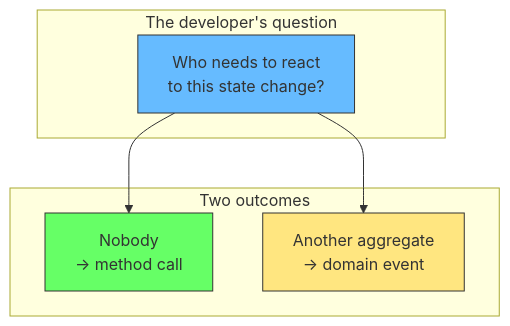
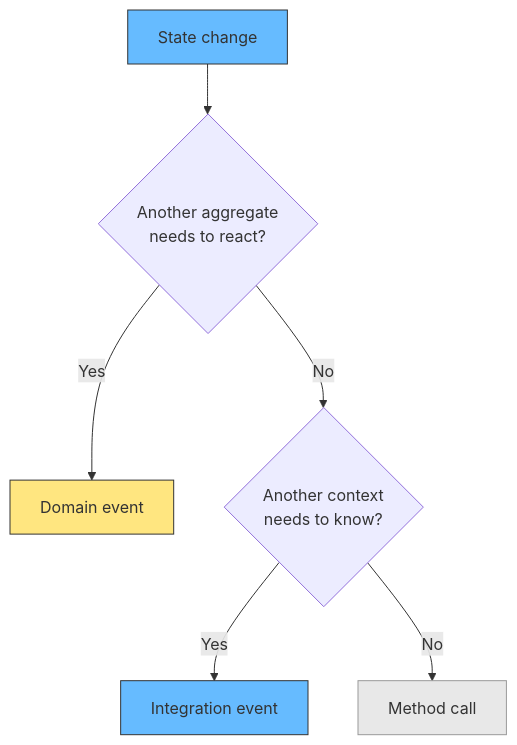
The second of 4 diagrams in docs/software-engineering/events-are-discovery-not-code.md (labeebahmad201/knowledge-base), drawn with Mermaid before and after one commit. The commit also changed other lines of this file, not shown here.

Commit message:
rewrite: concise opening with event storming diagram

````diff
--- a/docs/software-engineering/events-are-discovery-not-code.md
+++ b/docs/software-engineering/events-are-discovery-not-code.md
@@ -44,15 +38,12 @@
 ```mermaid
 graph TD
-    subgraph Question["The developer's question"]
-        Q["Who needs to react<br/>to this state change?"]
-    end
-    subgraph Answers["Two outcomes"]
-        A1["Nobody<br/>→ method call"]
-        A2["Another aggregate<br/>→ domain event"]
-    end
-    Q --> A1
-    Q --> A2
-    style Q fill:#6bf,stroke:#333
-    style A1 fill:#6f6,stroke:#333
-    style A2 fill:#ffe680,stroke:#333
+    START["State change"] --> Q1{"Another aggregate<br/>needs to react?"}
+    Q1 -->|"Yes"| DE["Domain event"]
+    Q1 -->|"No"| Q2{"Another context<br/>needs to know?"}
+    Q2 -->|"Yes"| IE["Integration event"]
+    Q2 -->|"No"| MC["Method call"]
+    style START fill:#6bf,stroke:#333
+    style DE fill:#ffe680,stroke:#333
+    style IE fill:#6bf,stroke:#333
+    style MC fill:#e8e8e8,stroke:#999
 ```
````
